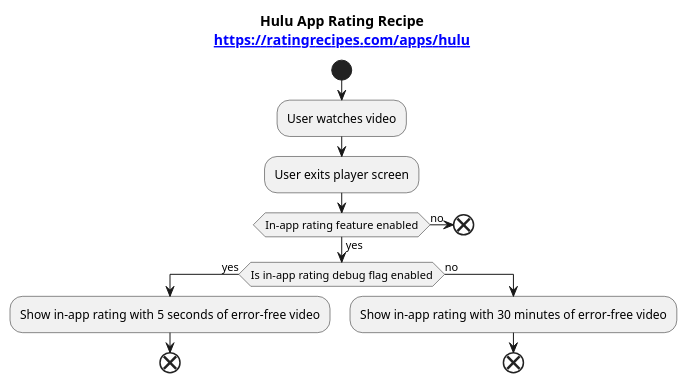
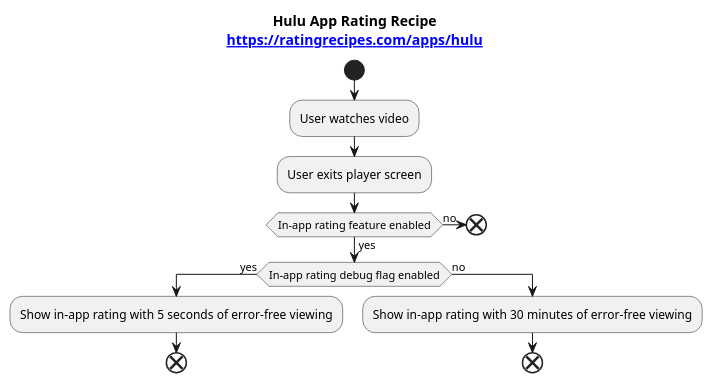
Before and after one commit to ratingrecipes/ratingrecipes: the diagram in apps/hulu/flow.iuml, drawn with PlantUML.

```diff
--- a/apps/hulu/flow.iuml
+++ b/apps/hulu/flow.iuml
@@ -1,22 +1,22 @@
 @startuml
 
 title Hulu App Rating Recipe\n[[https://ratingrecipes.com/apps/hulu]]
 
 start
 
 :User watches video;
 :User exits player screen;
 if (In-app rating feature enabled) then (yes)
-    if (Is in-app rating debug flag enabled) then (yes)
-        :Show in-app rating with 5 seconds of error-free video;
+    if (In-app rating debug flag enabled) then (yes)
+        :Show in-app rating with 5 seconds of error-free viewing;
         end
     else (no)
-        :Show in-app rating with 30 minutes of error-free video;
+        :Show in-app rating with 30 minutes of error-free viewing;
         end
     endif
 else (no)
     end
 endif
 
 
 @enduml
```
